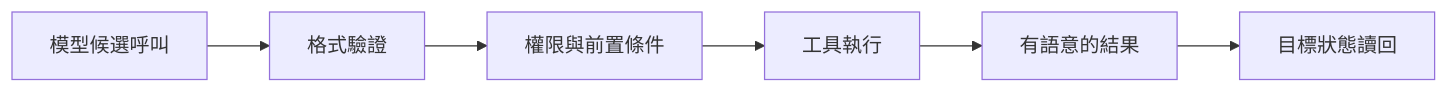
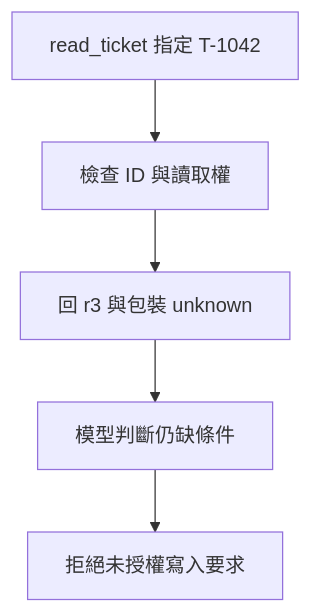
One commit to easyvibecoding/Agent-Engineering changed the diagram in chapters/agent-core/03-tool-contracts/lesson.md. Above: the diagram before and after it, drawn with Mermaid. The commit also changed other lines of this file and 139 other files, not shown here.

````diff
--- a/chapters/agent-core/03-tool-contracts/lesson.md
+++ b/chapters/agent-core/03-tool-contracts/lesson.md
@@ -37,8 +62,12 @@
 ```mermaid
-flowchart LR
-  M["模型候選呼叫"] --> S["格式驗證"]
-  S --> A["權限與前置條件"]
-  A --> T["工具執行"]
-  T --> R["有語意的結果"]
-  R --> V["目標狀態讀回"]
+flowchart TD
+    A["read_ticket 指定 T-1042"]
+    B["檢查 ID 與讀取權"]
+    C["回 r3 與包裝 unknown"]
+    D["模型判斷仍缺條件"]
+    E["拒絕未授權寫入要求"]
+    A --> B
+    B --> C
+    C --> D
+    D --> E
 ```
````
